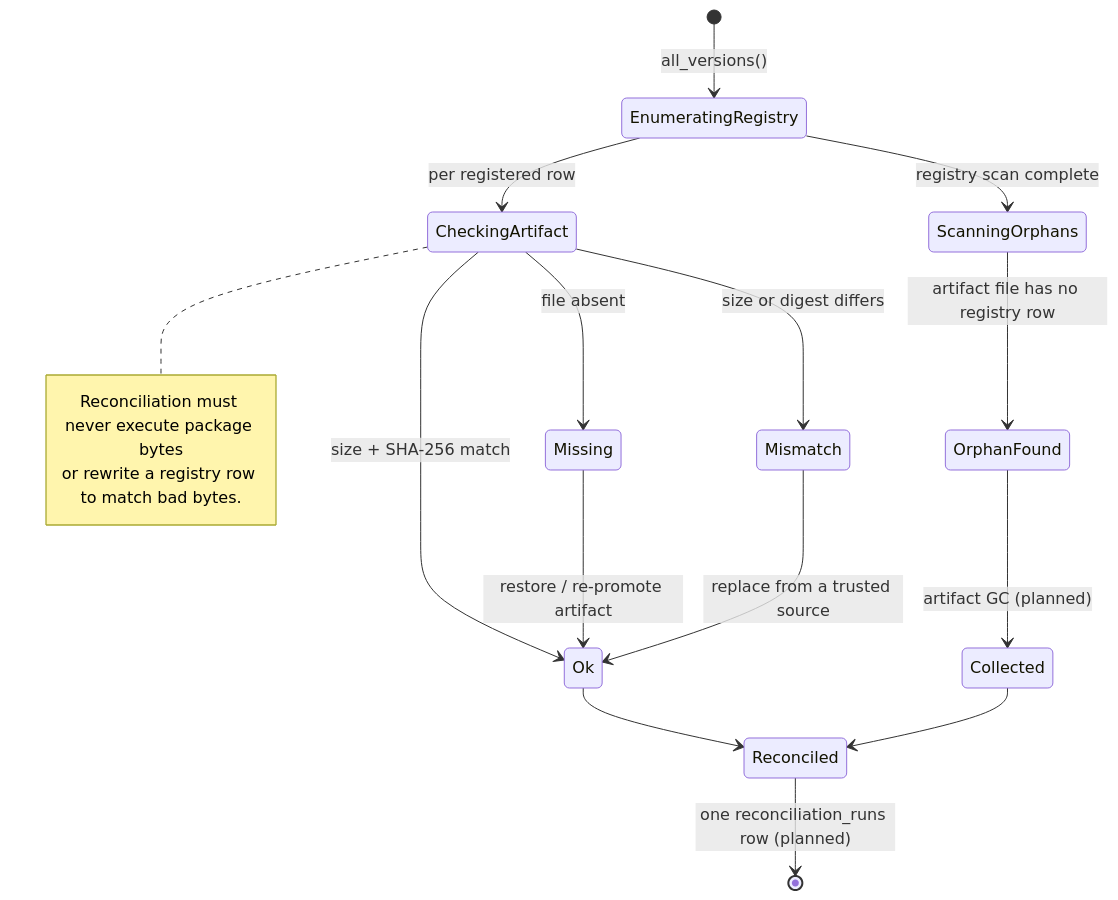
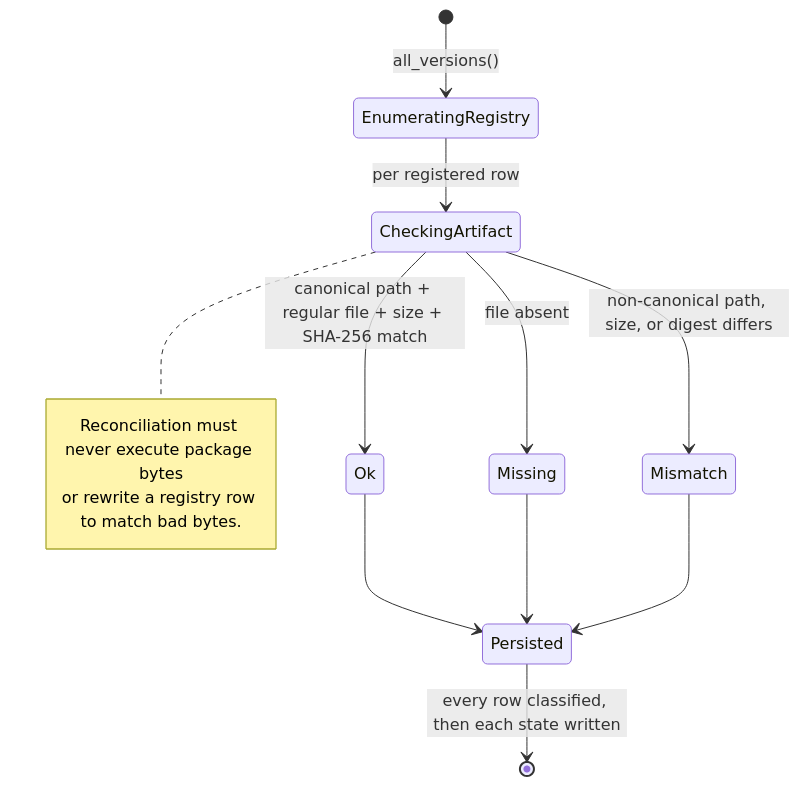
One commit to nicknad/conductor changed diagram 12 of 14 in docs/statecharts.md. Above: the diagram before and after it, drawn with Mermaid. The commit also changed other lines of this file and 11 other files, not shown here.

````diff
--- a/docs/statecharts.md
+++ b/docs/statecharts.md
@@ -417,21 +431,17 @@
 ```mermaid
 stateDiagram-v2
     [*] --> EnumeratingRegistry: all_versions()
     EnumeratingRegistry --> CheckingArtifact: per registered row
-    CheckingArtifact --> Ok: size + SHA-256 match
+    CheckingArtifact --> Ok: canonical path + regular file + size + SHA-256 match
     CheckingArtifact --> Missing: file absent
-    CheckingArtifact --> Mismatch: size or digest differs
-    Missing --> Ok: restore / re-promote artifact
-    Mismatch --> Ok: replace from a trusted source
-    EnumeratingRegistry --> ScanningOrphans: registry scan complete
-    ScanningOrphans --> OrphanFound: artifact file has no registry row
-    OrphanFound --> Collected: artifact GC (planned)
-    Ok --> Reconciled
-    Collected --> Reconciled
-    Reconciled --> [*]: one reconciliation_runs row (planned)
+    CheckingArtifact --> Mismatch: non-canonical path, size, or digest differs
+    Ok --> Persisted
+    Missing --> Persisted
+    Mismatch --> Persisted
+    Persisted --> [*]: every row classified, then each state written
 
     note right of CheckingArtifact
         Reconciliation must never execute package bytes
         or rewrite a registry row to match bad bytes.
     end note
 ```
````
